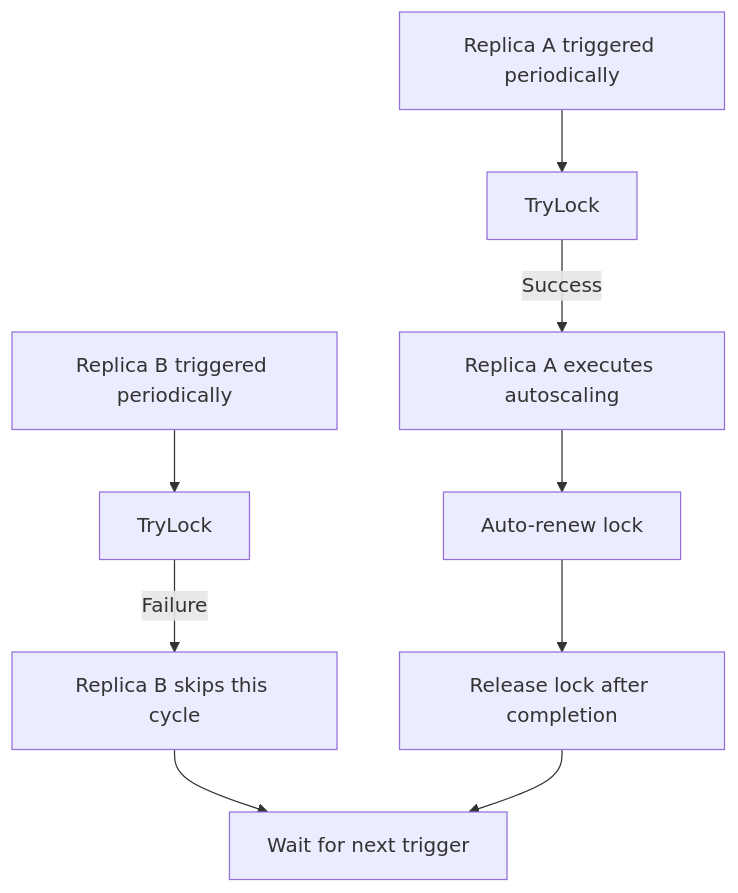
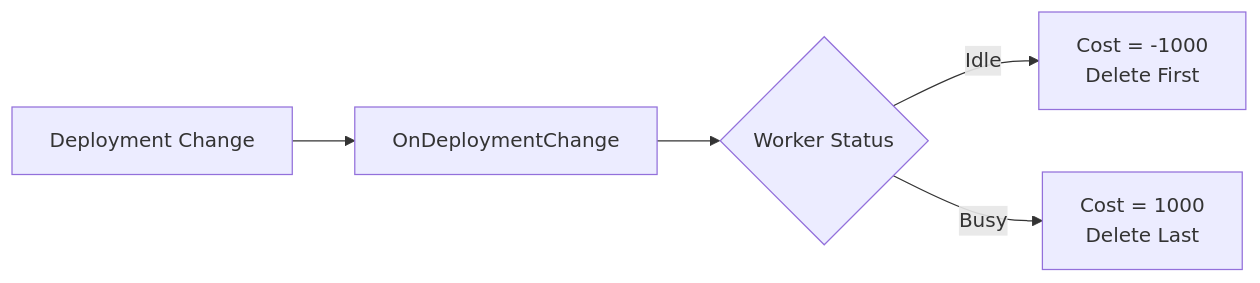
One commit to WaveSpeedAI/waverless changed the fifth of 8 diagrams in docs/DEVELOPER_GUIDE.md. Above: the diagram before and after it, drawn with Mermaid. The commit also changed other lines of this file and 98 other files, not shown here.

````diff
--- a/docs/DEVELOPER_GUIDE.md
+++ b/docs/DEVELOPER_GUIDE.md
@@ -181,11 +166,7 @@
 ```mermaid
-graph TD
-    A[Replica A triggered periodically] --> B[TryLock]
-    C[Replica B triggered periodically] --> D[TryLock]
-    B -->|Success| E[Replica A executes autoscaling]
-    D -->|Failure| F[Replica B skips this cycle]
-    E --> G[Auto-renew lock]
-    G --> H[Release lock after completion]
-    F --> I[Wait for next trigger]
-    H --> I
+flowchart LR
+    A[Deployment Change] --> B[OnDeploymentChange]
+    B --> C{Worker Status}
+    C -->|Idle| D[Cost = -1000<br/>Delete First]
+    C -->|Busy| E[Cost = 1000<br/>Delete Last]
 ```
````
